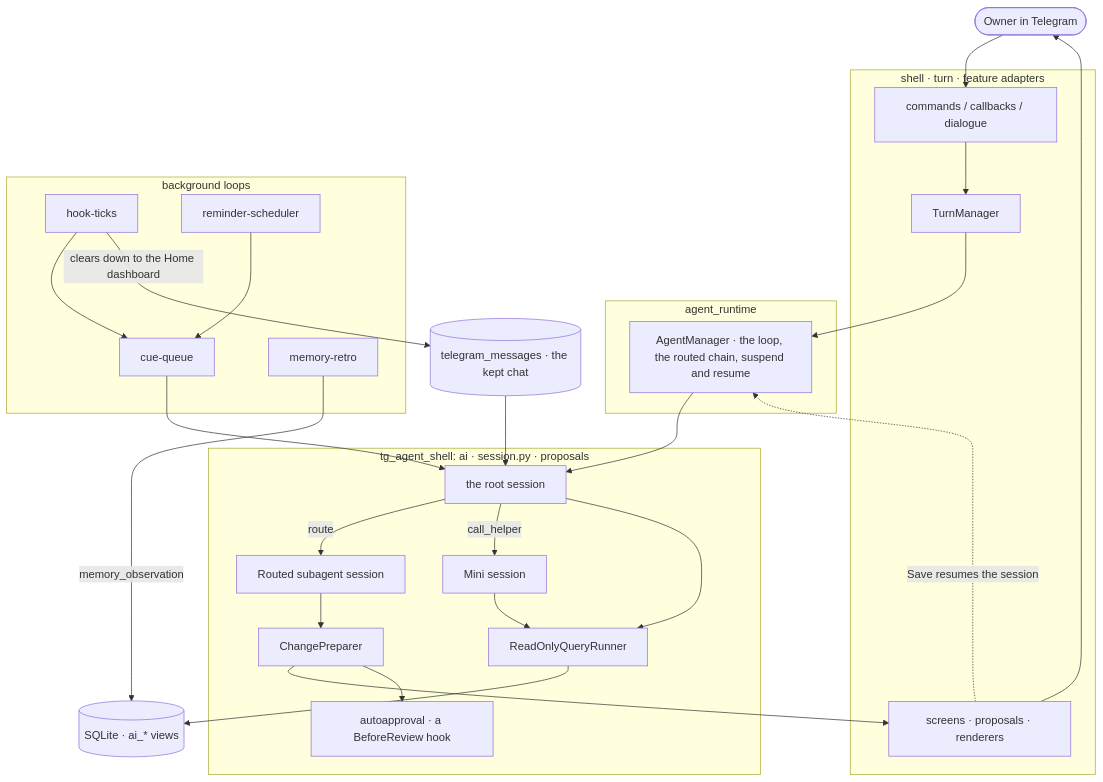
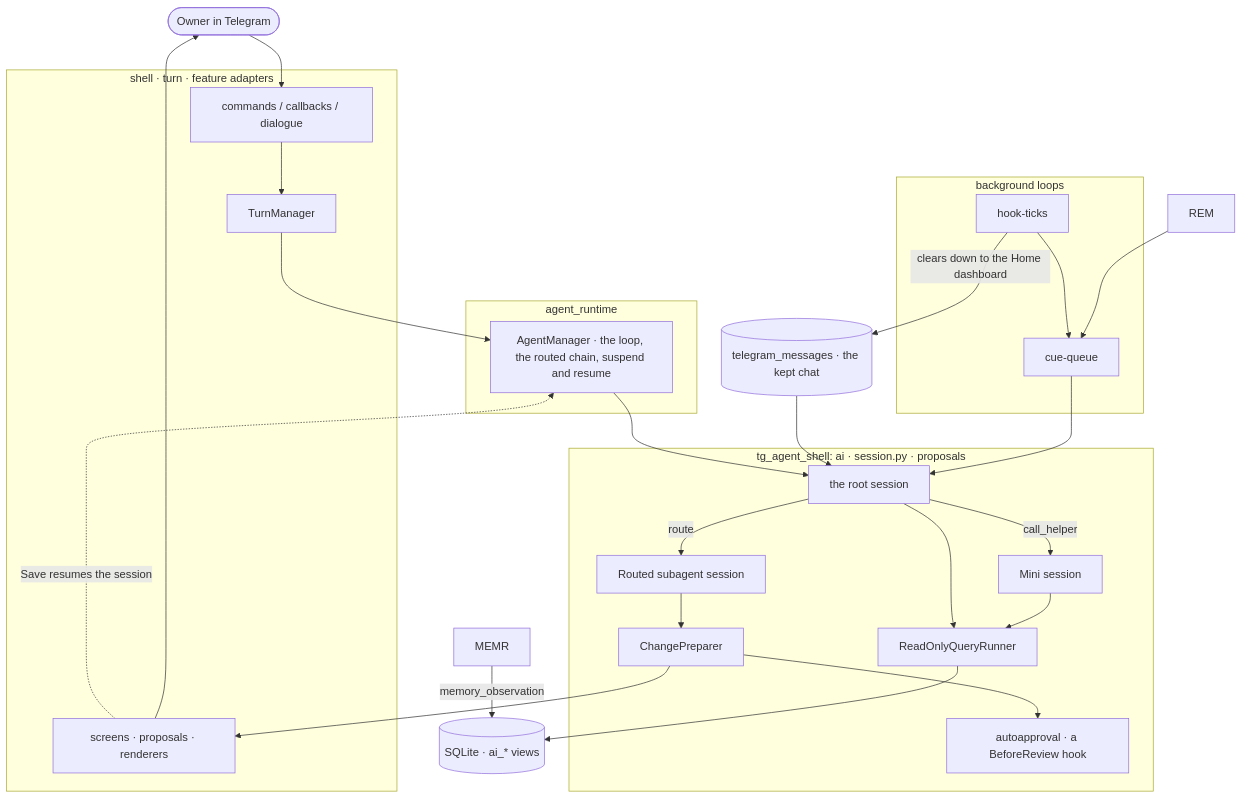
One commit to myvaheed/tg-ai-safwa changed the third of 13 diagrams in docs/AGENT_ARCH.md. Above: the diagram before and after it, drawn with Mermaid. The commit also changed other lines of this file and 44 other files, not shown here.

````diff
--- a/docs/AGENT_ARCH.md
+++ b/docs/AGENT_ARCH.md
@@ -137,44 +141,42 @@
 ```mermaid
 flowchart TB
     OWNER([Owner in Telegram])
     subgraph TG[shell · turn · feature adapters]
         HANDLERS[commands / callbacks / dialogue]
         GUARD[TurnManager]
         SCREENS[screens · proposals · renderers]
     end
     subgraph RT[agent_runtime]
         MGR[AgentManager · the loop, the routed chain, suspend and resume]
     end
     subgraph AI[tg_agent_shell: ai · session.py · proposals]
         ADV[the root session]
         SUB[Routed subagent session]
         MINI[Mini session]
         PREP[ChangePreparer]
         AUTO[autoapproval · a BeforeReview hook]
         SQL[ReadOnlyQueryRunner]
     end
     subgraph BG[background loops]
         CUE[cue-queue]
         TICK[hook-ticks]
-        REM[reminder-scheduler]
-        MEMR[memory-retro]
     end
     HIST[(telegram_messages · the kept chat)]
     DB[(SQLite · ai_* views)]
 
     OWNER --> HANDLERS --> GUARD --> MGR
     MGR --> ADV
     SCREENS -.->|Save resumes the session| MGR
     ADV -->|route| SUB
     ADV -->|call_helper| MINI
     SUB --> PREP --> SCREENS --> OWNER
     PREP --> AUTO
     ADV --> SQL --> DB
     MINI --> SQL
     HIST --> ADV
     CUE --> ADV
     TICK --> CUE
     REM --> CUE
     MEMR -->|memory_observation| DB
     TICK -->|clears down to the Home dashboard| HIST
 ```
````
